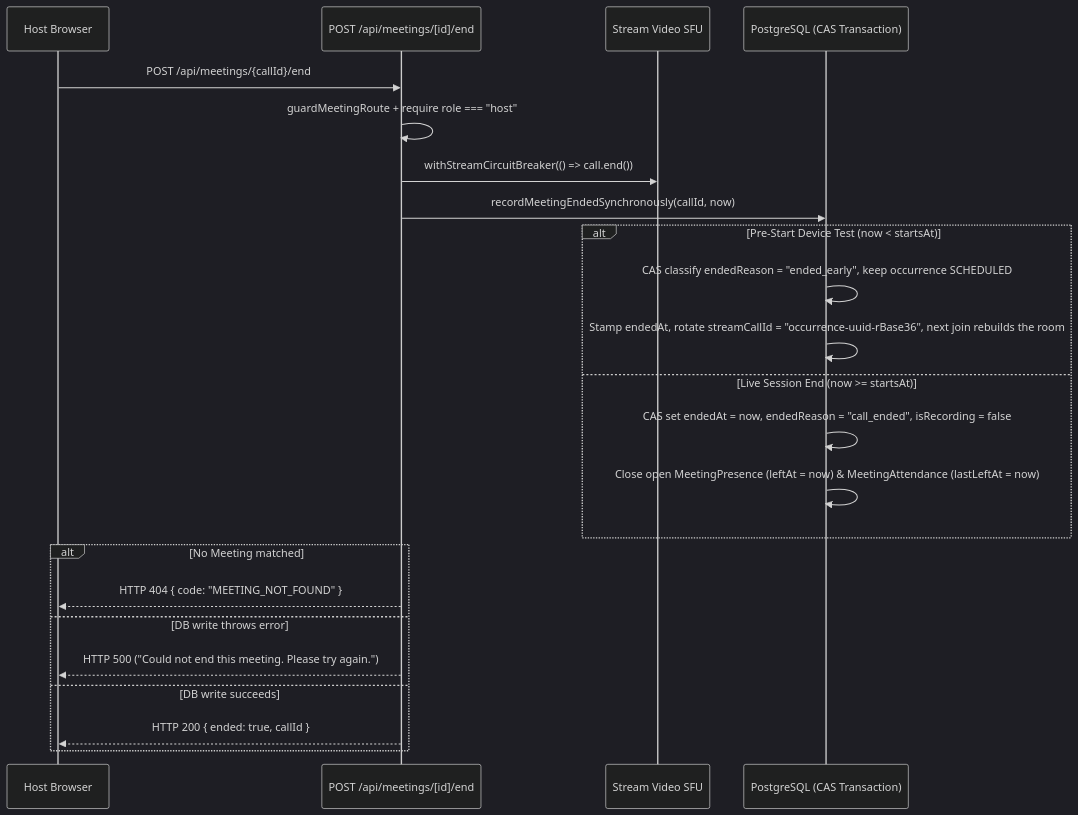
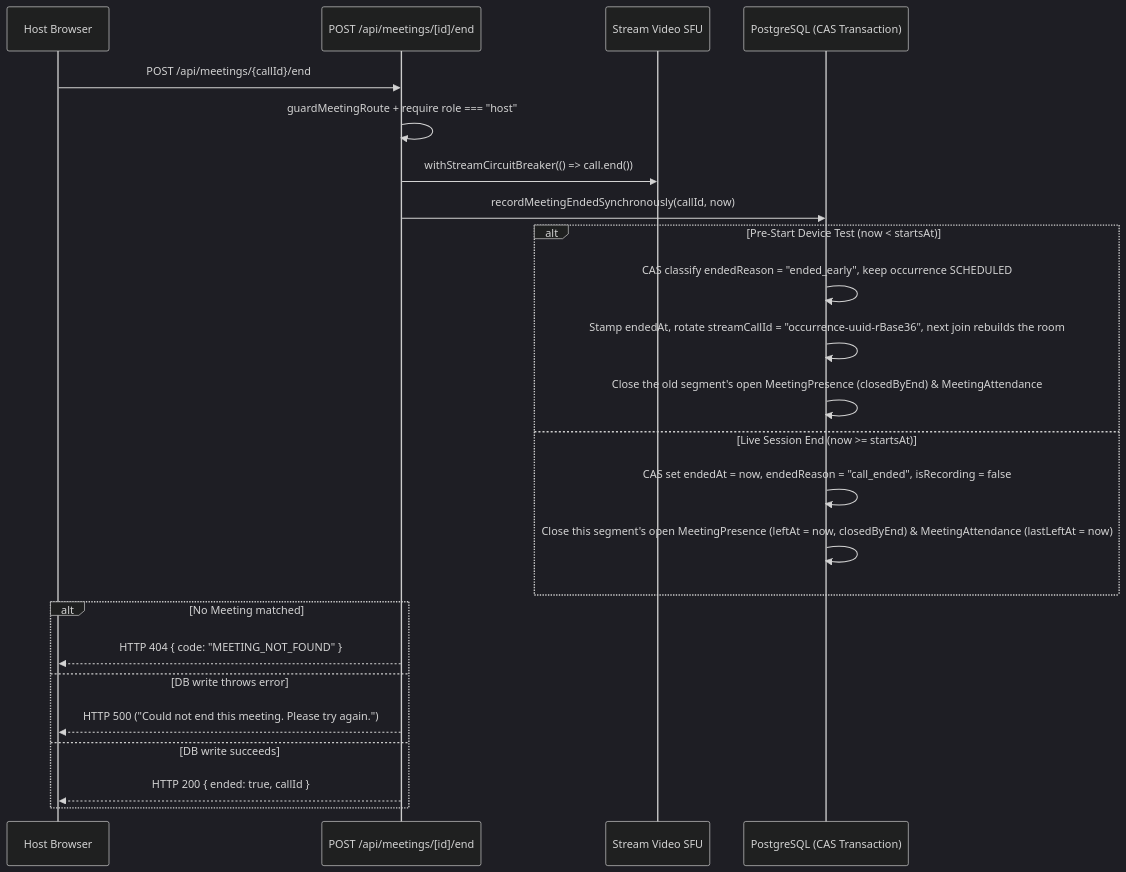
The third of 3 diagrams in docs/stream/05-video-implementation.md (Practitionist/familiarise_web), drawn with Mermaid (dark theme) before and after one commit. The commit also changed other lines of this file and 10 other files, not shown here.

````diff
--- a/docs/stream/05-video-implementation.md
+++ b/docs/stream/05-video-implementation.md
@@ -99,26 +99,27 @@
 ```mermaid
 sequenceDiagram
     participant Host as Host Browser
     participant EndAPI as POST /api/meetings/[id]/end
     participant SFU as Stream Video SFU
     participant DB as PostgreSQL (CAS Transaction)
 
     Host->>EndAPI: POST /api/meetings/{callId}/end
     EndAPI->>EndAPI: guardMeetingRoute + require role === "host"
     EndAPI->>SFU: withStreamCircuitBreaker(() => call.end())
     EndAPI->>DB: recordMeetingEndedSynchronously(callId, now)
     alt Pre-Start Device Test (now < startsAt)
         DB->>DB: CAS classify endedReason = "ended_early", keep occurrence SCHEDULED
         DB->>DB: Stamp endedAt, rotate streamCallId = "occurrence-uuid-rBase36", next join rebuilds the room
+        DB->>DB: Close the old segment's open MeetingPresence (closedByEnd) & MeetingAttendance
     else Live Session End (now >= startsAt)
         DB->>DB: CAS set endedAt = now, endedReason = "call_ended", isRecording = false
-        DB->>DB: Close open MeetingPresence (leftAt = now) & MeetingAttendance (lastLeftAt = now)
+        DB->>DB: Close this segment's open MeetingPresence (leftAt = now, closedByEnd) & MeetingAttendance (lastLeftAt = now)
     end
     alt No Meeting matched
         EndAPI-->>Host: HTTP 404 { code: "MEETING_NOT_FOUND" }
     else DB write throws error
         EndAPI-->>Host: HTTP 500 ("Could not end this meeting. Please try again.")
     else DB write succeeds
         EndAPI-->>Host: HTTP 200 { ended: true, callId }
     end
 ```
````
